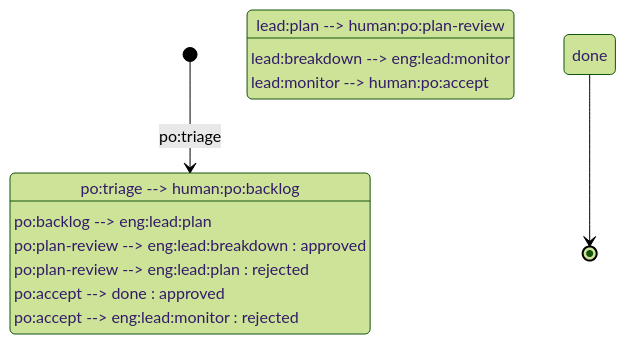
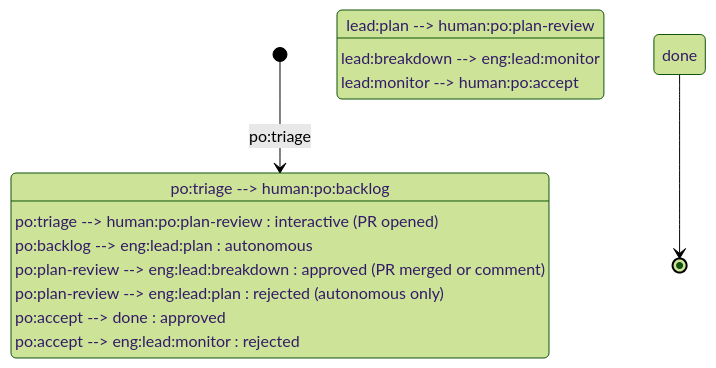
The first of 3 diagrams in profiles/agentic-sdlc-planning/PROCESS.md (botminter/botminter), drawn with Mermaid (forest theme) before and after one commit. The commit also changed other lines of this file and 33 other files, not shown here.

````diff
--- a/profiles/agentic-sdlc-planning/PROCESS.md
+++ b/profiles/agentic-sdlc-planning/PROCESS.md
@@ -156,14 +168,15 @@
 ```mermaid
 stateDiagram-v2
     [*] --> human:po:triage
     human:po:triage --> human:po:backlog
-    human:po:backlog --> eng:lead:plan
+    human:po:triage --> human:po:plan-review : interactive (PR opened)
+    human:po:backlog --> eng:lead:plan : autonomous
     eng:lead:plan --> human:po:plan-review
-    human:po:plan-review --> eng:lead:breakdown : approved
-    human:po:plan-review --> eng:lead:plan : rejected
+    human:po:plan-review --> eng:lead:breakdown : approved (PR merged or comment)
+    human:po:plan-review --> eng:lead:plan : rejected (autonomous only)
     eng:lead:breakdown --> eng:lead:monitor
     eng:lead:monitor --> human:po:accept
     human:po:accept --> done : approved
     human:po:accept --> eng:lead:monitor : rejected
     done --> [*]
 ```
````
